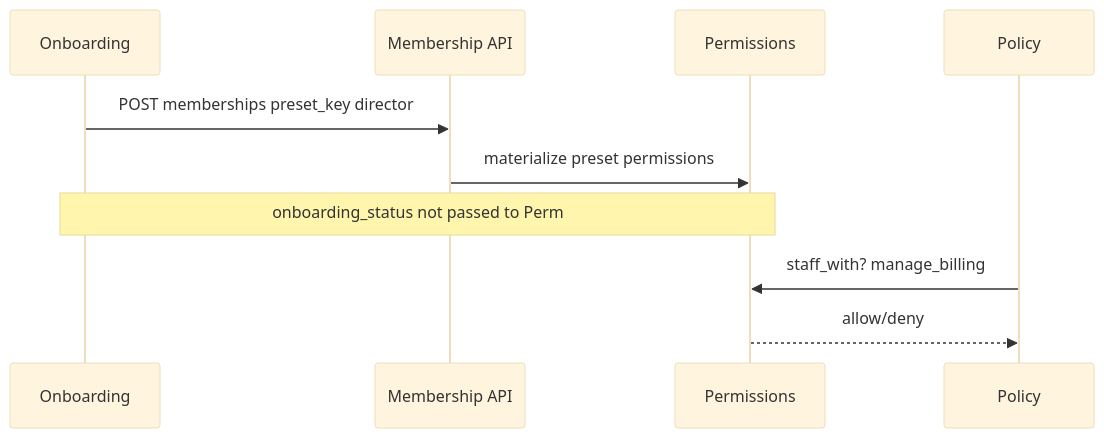
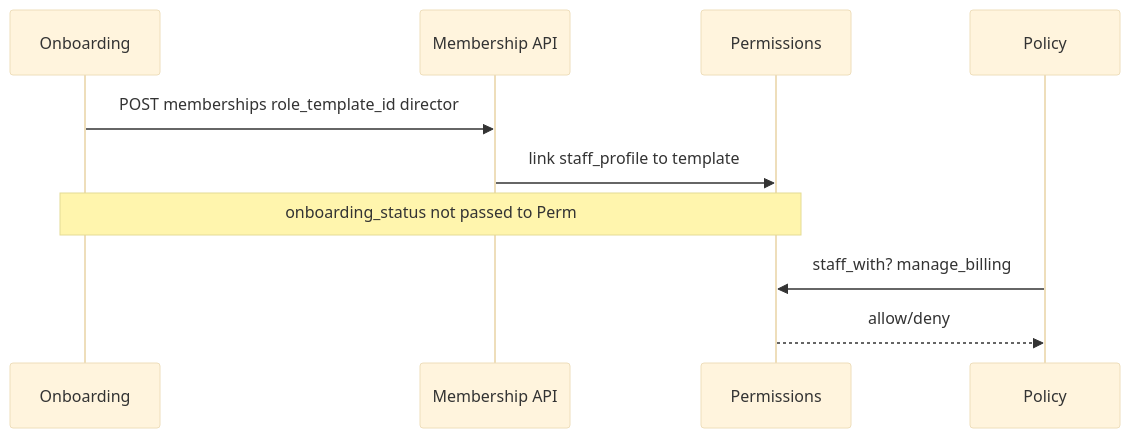
Before and after one commit to DLA-Solutions/school_lab: the second of 2 diagrams in docs/prds/identity-and-onboarding/index.md, drawn with Mermaid (base theme). The commit also changed other lines of this file and 9 other files, not shown here.

First line of the commit message:
Document Level A role templates and membership overrides in permissions PRD. (#149)

````diff
--- a/docs/prds/identity-and-onboarding/index.md
+++ b/docs/prds/identity-and-onboarding/index.md
@@ -136,13 +140,13 @@
 ```mermaid
 sequenceDiagram
     participant Onb as Onboarding
     participant Mem as Membership API
     participant Perm as Permissions
     participant Pol as Policy
 
-    Onb->>Mem: POST memberships preset_key director
-    Mem->>Perm: materialize preset permissions
+    Onb->>Mem: POST memberships role_template_id director
+    Mem->>Perm: link staff_profile to template
     Note over Onb,Perm: onboarding_status not passed to Perm
     Pol->>Perm: staff_with? manage_billing
     Perm-->>Pol: allow/deny
 ```
````
